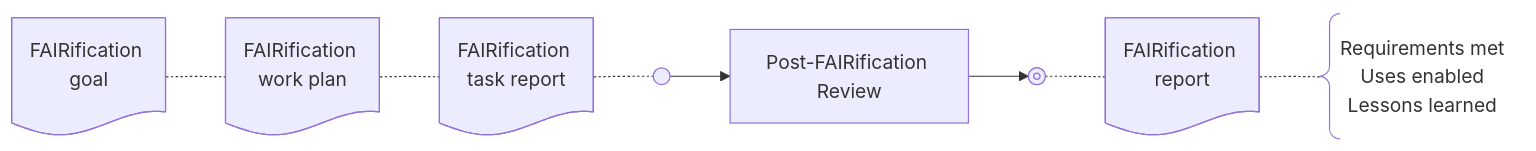
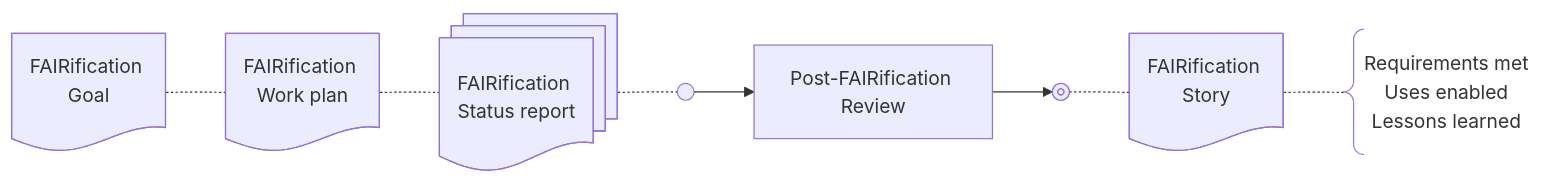
Before and after one commit to elixir-europe/interoperability_2024-26: the diagram in pages/framework/diagrams-mmd/FAIRificationProcess-menu-04.mmd, drawn with Mermaid. The commit also changed 3 other files, not shown here.

```diff
--- a/pages/framework/diagrams-mmd/FAIRificationProcess-menu-04.mmd
+++ b/pages/framework/diagrams-mmd/FAIRificationProcess-menu-04.mmd
@@ -1,21 +1,21 @@
 ---
 config:
   markdownAutoWrap: false
 ---
 flowchart LR;
     A1@{ shape: doc, label: "FAIRification 
-    goal" }
+    Goal" }
     A2@{ shape: doc, label: "FAIRification 
-    work plan" }
-    A3@{ shape: doc, label: "FAIRification 
-    task report" }
+    Work plan" }
+    A3@{ shape: docs, label: "FAIRification 
+    Status report" }
     start@{ shape: sm-circ, label: "Iterative FAIRification Cycles" }
     PhaseII@{ shape: process, label: "Post-FAIRification 
     Review"}
     finish@{ shape: framed-circle, label: "End" }
     B1@{ shape: doc, label: "FAIRification 
-    report" }
+    Story" }
     B2@{ shape: brace, label: "Requirements met
     Uses enabled
     Lessons learned" }
     A1 -.- A2 -.- A3 -.- start --> PhaseII --> finish -.- B1 -.- B2
```
